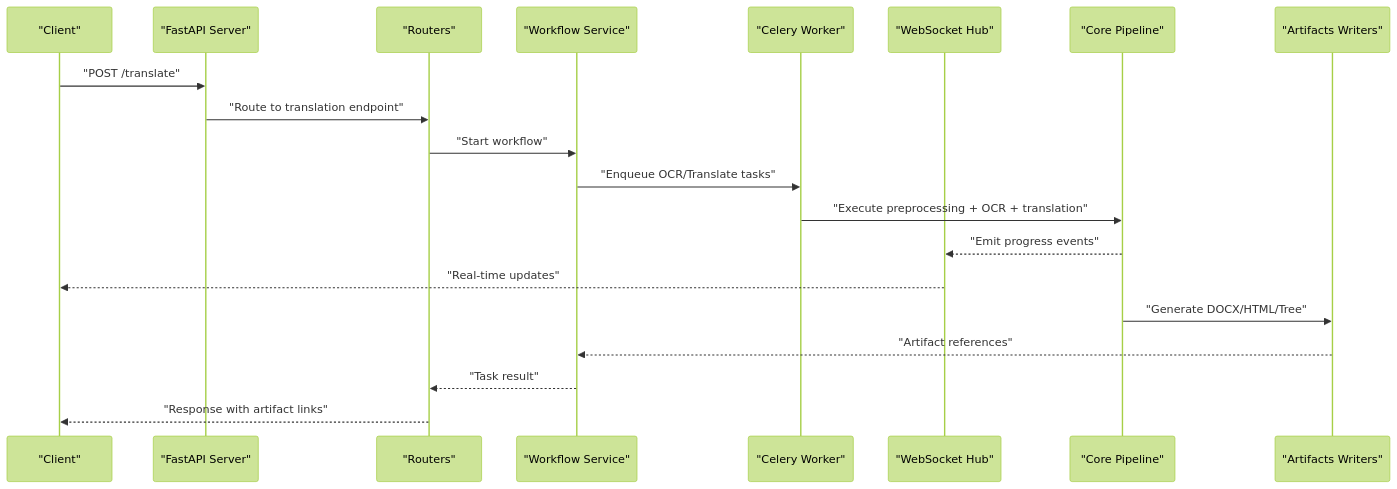
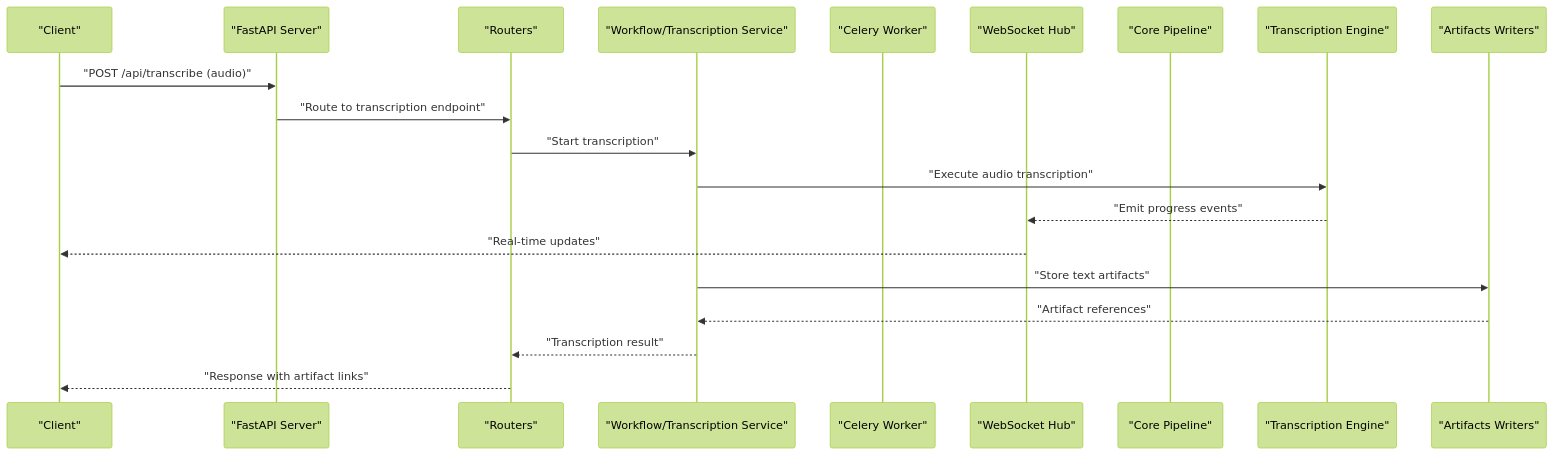
One commit to Sifr-r/LocalDeepL changed the second of 3 diagrams in .qoder/repowiki/en/content/System Architecture/System Overview.md. Above: the diagram before and after it, drawn with Mermaid (forest theme). The commit also changed other lines of this file and 104 other files, not shown here.

````diff
--- a/.qoder/repowiki/en/content/System Architecture/System Overview.md
+++ b/.qoder/repowiki/en/content/System Architecture/System Overview.md
@@ -190,22 +182,22 @@
 ```mermaid
 sequenceDiagram
 participant Client as "Client"
 participant API as "FastAPI Server"
 participant Router as "Routers"
-participant Service as "Workflow Service"
+participant Service as "Workflow/Transcription Service"
 participant Celery as "Celery Worker"
 participant WS as "WebSocket Hub"
 participant Pipeline as "Core Pipeline"
+participant Transcription as "Transcription Engine"
 participant Writer as "Artifacts Writers"
-Client->>API : "POST /translate"
-API->>Router : "Route to translation endpoint"
-Router->>Service : "Start workflow"
-Service->>Celery : "Enqueue OCR/Translate tasks"
-Celery->>Pipeline : "Execute preprocessing + OCR + translation"
-Pipeline-->>WS : "Emit progress events"
+Client->>API : "POST /api/transcribe (audio)"
+API->>Router : "Route to transcription endpoint"
+Router->>Service : "Start transcription"
+Service->>Transcription : "Execute audio transcription"
+Transcription-->>WS : "Emit progress events"
 WS-->>Client : "Real-time updates"
-Pipeline->>Writer : "Generate DOCX/HTML/Tree"
+Service->>Writer : "Store text artifacts"
 Writer-->>Service : "Artifact references"
-Service-->>Router : "Task result"
+Service-->>Router : "Transcription result"
 Router-->>Client : "Response with artifact links"
 ```
````
